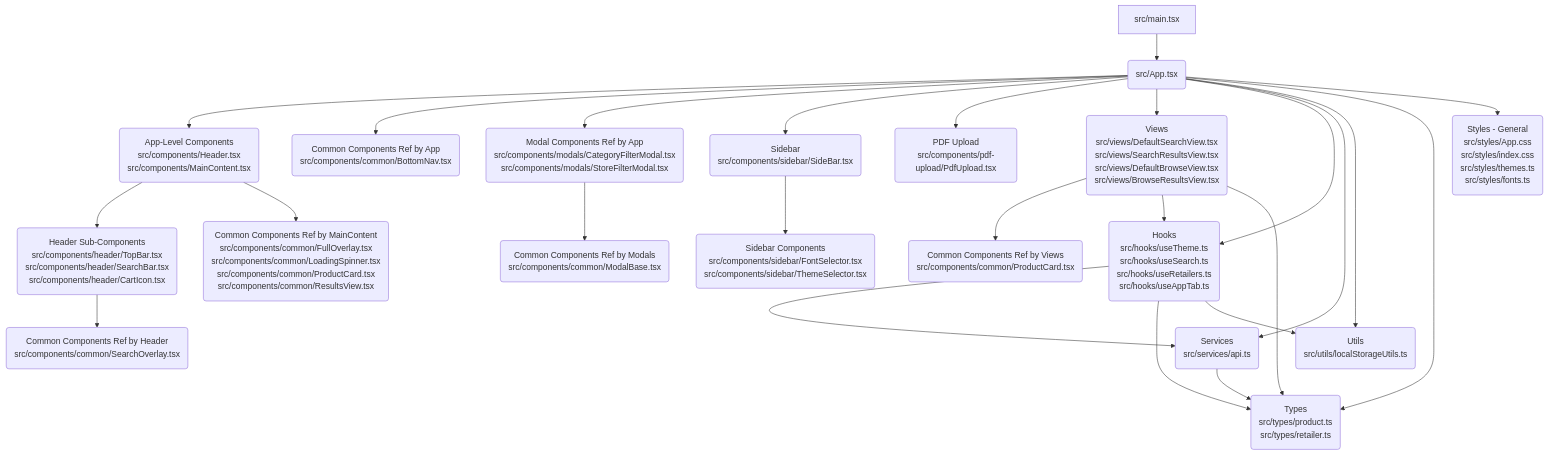
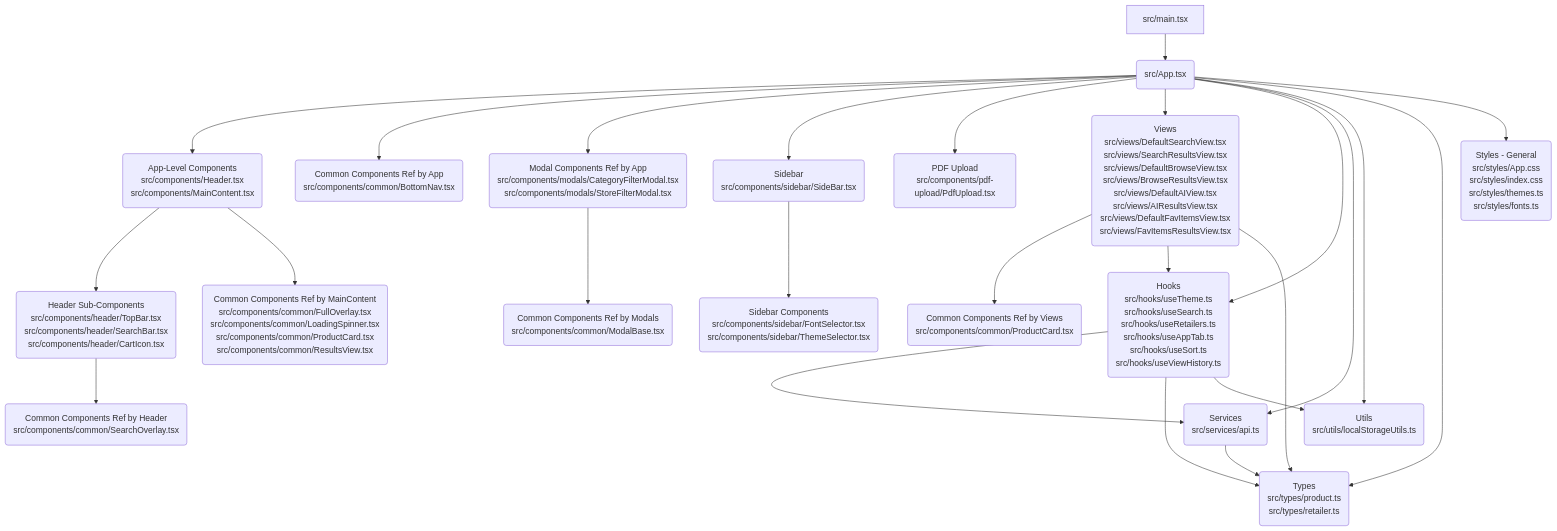
One commit to cobrauf/grocery-budget-assistant changed the second of 8 diagrams in docs/Mermaid.md. Above: the diagram before and after it, drawn with Mermaid. The commit also changed other lines of this file and 4 other files, not shown here.

````diff
--- a/docs/Mermaid.md
+++ b/docs/Mermaid.md
@@ -121,35 +138,35 @@
 ```mermaid
 graph TD
     MainTSX[src/main.tsx] --> AppTSX(src/App.tsx)
 
     AppTSX --> AppComps(App-Level Components<br>src/components/Header.tsx<br>src/components/MainContent.tsx)
     AppTSX --> CommonComps_App(Common Components Ref by App<br>src/components/common/BottomNav.tsx)
     AppTSX --> Modals_App(Modal Components Ref by App<br>src/components/modals/CategoryFilterModal.tsx<br>src/components/modals/StoreFilterModal.tsx)
     AppTSX --> SideBar(Sidebar<br>src/components/sidebar/SideBar.tsx)
     AppTSX --> PdfUpload(PDF Upload<br>src/components/pdf-upload/PdfUpload.tsx)
-    AppTSX --> Views(Views<br>src/views/DefaultSearchView.tsx<br>src/views/SearchResultsView.tsx<br>src/views/DefaultBrowseView.tsx<br>src/views/BrowseResultsView.tsx)
-    AppTSX --> Hooks(Hooks<br>src/hooks/useTheme.ts<br>src/hooks/useSearch.ts<br>src/hooks/useRetailers.ts<br>src/hooks/useAppTab.ts)
+    AppTSX --> Views(Views<br>src/views/DefaultSearchView.tsx<br>src/views/SearchResultsView.tsx<br>src/views/DefaultBrowseView.tsx<br>src/views/BrowseResultsView.tsx<br>src/views/DefaultAIView.tsx<br>src/views/AIResultsView.tsx<br>src/views/DefaultFavItemsView.tsx<br>src/views/FavItemsResultsView.tsx)
+    AppTSX --> Hooks(Hooks<br>src/hooks/useTheme.ts<br>src/hooks/useSearch.ts<br>src/hooks/useRetailers.ts<br>src/hooks/useAppTab.ts<br>src/hooks/useSort.ts<br>src/hooks/useViewHistory.ts)
     AppTSX --> Services(Services<br>src/services/api.ts)
     AppTSX --> Utils(Utils<br>src/utils/localStorageUtils.ts)
     AppTSX --> Types(Types<br>src/types/product.ts<br>src/types/retailer.ts)
     AppTSX --> Styles(Styles - General<br>src/styles/App.css<br>src/styles/index.css<br>src/styles/themes.ts<br>src/styles/fonts.ts)
 
     AppComps --> HeaderComps(Header Sub-Components<br>src/components/header/TopBar.tsx<br>src/components/header/SearchBar.tsx<br>src/components/header/CartIcon.tsx)
     AppComps --> CommonComps_Main(Common Components Ref by MainContent<br>src/components/common/FullOverlay.tsx<br>src/components/common/LoadingSpinner.tsx<br>src/components/common/ProductCard.tsx<br>src/components/common/ResultsView.tsx)
 
     HeaderComps --> CommonComps_Header(Common Components Ref by Header<br>src/components/common/SearchOverlay.tsx)
 
     Modals_App --> CommonComps_Modals(Common Components Ref by Modals<br>src/components/common/ModalBase.tsx)
 
     SideBar --> SidebarComps(Sidebar Components<br>src/components/sidebar/FontSelector.tsx<br>src/components/sidebar/ThemeSelector.tsx)
 
     Views --> CommonComps_Views(Common Components Ref by Views<br>src/components/common/ProductCard.tsx)
     Views --> Hooks
     Views --> Types
 
     Hooks --> Services
     Hooks --> Types
     Hooks --> Utils
 
     Services --> Types
 ```
````
